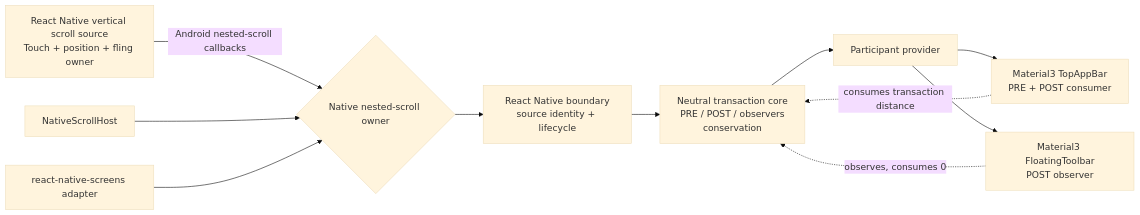
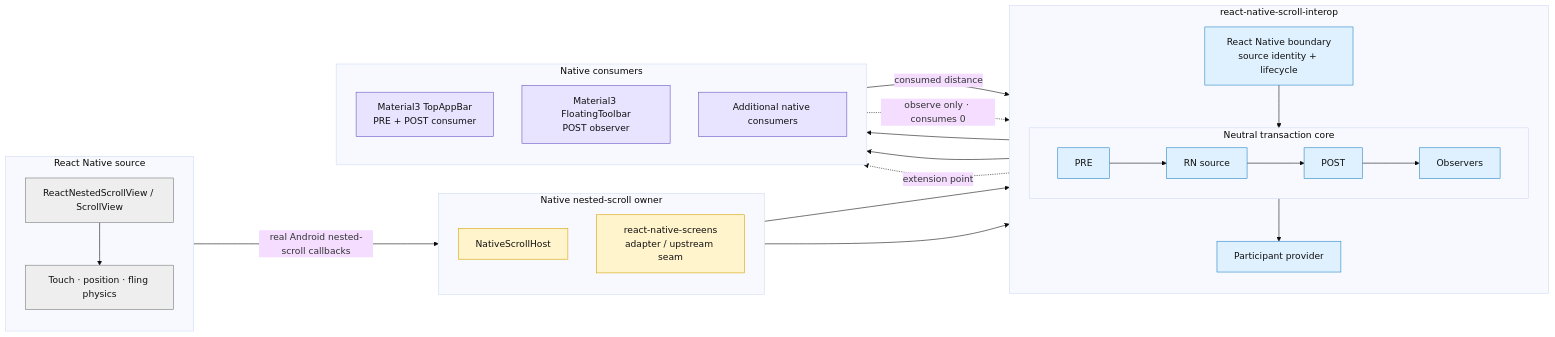
The diagram in README.md (AmatoGiulio/react-native-scroll-interop), drawn with Mermaid (base theme) before and after one commit. The commit also changed other lines of this file, not shown here.

Commit message:
docs: clarify architecture diagram

````diff
--- a/README.md
+++ b/README.md
@@ -38,24 +38,67 @@
 ```mermaid
 flowchart LR
-  RN[React Native vertical scroll source\nTouch + position + fling owner]
-  HOST{Native nested-scroll owner}
-  HOST1[NativeScrollHost]
-  HOST2[react-native-screens adapter]
-  BOUNDARY[React Native boundary\nsource identity + lifecycle]
-  CORE[Neutral transaction core\nPRE / POST / observers\nconservation]
-  PROVIDER[Participant provider]
-  TOP[Material3 TopAppBar\nPRE + POST consumer]
-  TOOLBAR[Material3 FloatingToolbar\nPOST observer]
+  %% Source side
+  subgraph SOURCE["React Native source"]
+    direction TB
+    RN["ReactNestedScrollView / ScrollView"]
+    PHYSICS["Touch · position · fling physics"]
+    RN --> PHYSICS
+  end
 
-  RN -->|Android nested-scroll callbacks| HOST
-  HOST1 --> HOST
-  HOST2 --> HOST
+  %% Ownership side
+  subgraph OWNER["Native nested-scroll owner"]
+    direction TB
+    HOST["NativeScrollHost"]
+    SCREENS["react-native-screens\nadapter / upstream seam"]
+  end
+
+  %% Interop engine
+  subgraph INTEROP["react-native-scroll-interop"]
+    direction TB
+
+    BOUNDARY["React Native boundary\nsource identity + lifecycle"]
+
+    subgraph TX["Neutral transaction core"]
+      direction LR
+      PRE["PRE"]
+      CHILD["RN source"]
+      POST["POST"]
+      OBS["Observers"]
+      PRE --> CHILD --> POST --> OBS
+    end
+
+    PROVIDER["Participant provider"]
+
+    BOUNDARY --> TX
+    TX --> PROVIDER
+  end
+
+  %% Native consumers
+  subgraph CONSUMERS["Native consumers"]
+    direction TB
+    TOP["Material3 TopAppBar\nPRE + POST consumer"]
+    TOOLBAR["Material3 FloatingToolbar\nPOST observer"]
+    FUTURE["Additional native consumers"]
+  end
+
+  SOURCE -->|"real Android nested-scroll callbacks"| OWNER
   HOST --> BOUNDARY
-  BOUNDARY --> CORE
-  CORE --> PROVIDER
+  SCREENS --> BOUNDARY
+
   PROVIDER --> TOP
   PROVIDER --> TOOLBAR
+  PROVIDER -. "extension point" .-> FUTURE
 
-  TOP -. consumes transaction distance .-> CORE
-  TOOLBAR -. observes, consumes 0 .-> CORE
+  TOP -->|"consumed distance"| TX
+  TOOLBAR -. "observe only · consumes 0" .-> TX
+
+  classDef source fill:#eeeeee,stroke:#777,color:#111;
+  classDef owner fill:#fff4cc,stroke:#d6a300,color:#111;
+  classDef core fill:#dff1ff,stroke:#2583c6,color:#111;
+  classDef consumer fill:#e8e4ff,stroke:#6554c0,color:#111;
+
+  class RN,PHYSICS source;
+  class HOST,SCREENS owner;
+  class BOUNDARY,PRE,CHILD,POST,OBS,PROVIDER core;
+  class TOP,TOOLBAR,FUTURE consumer;
 ```
````
